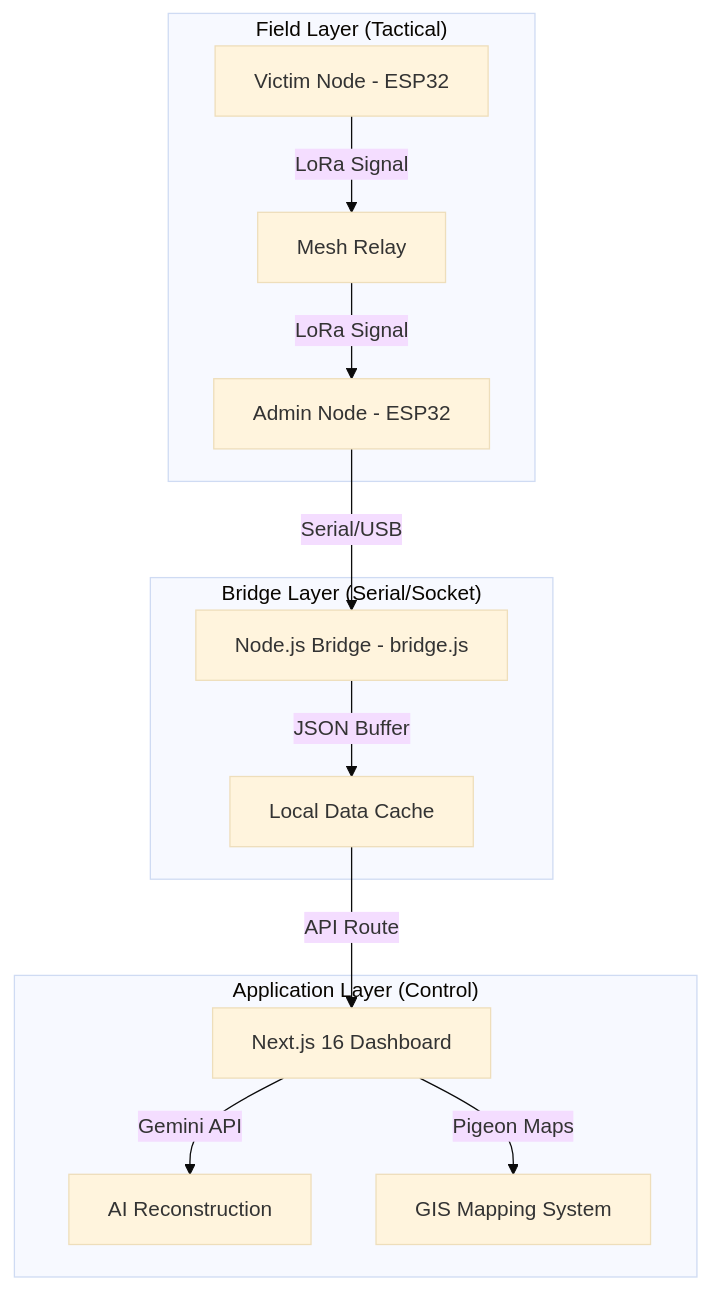
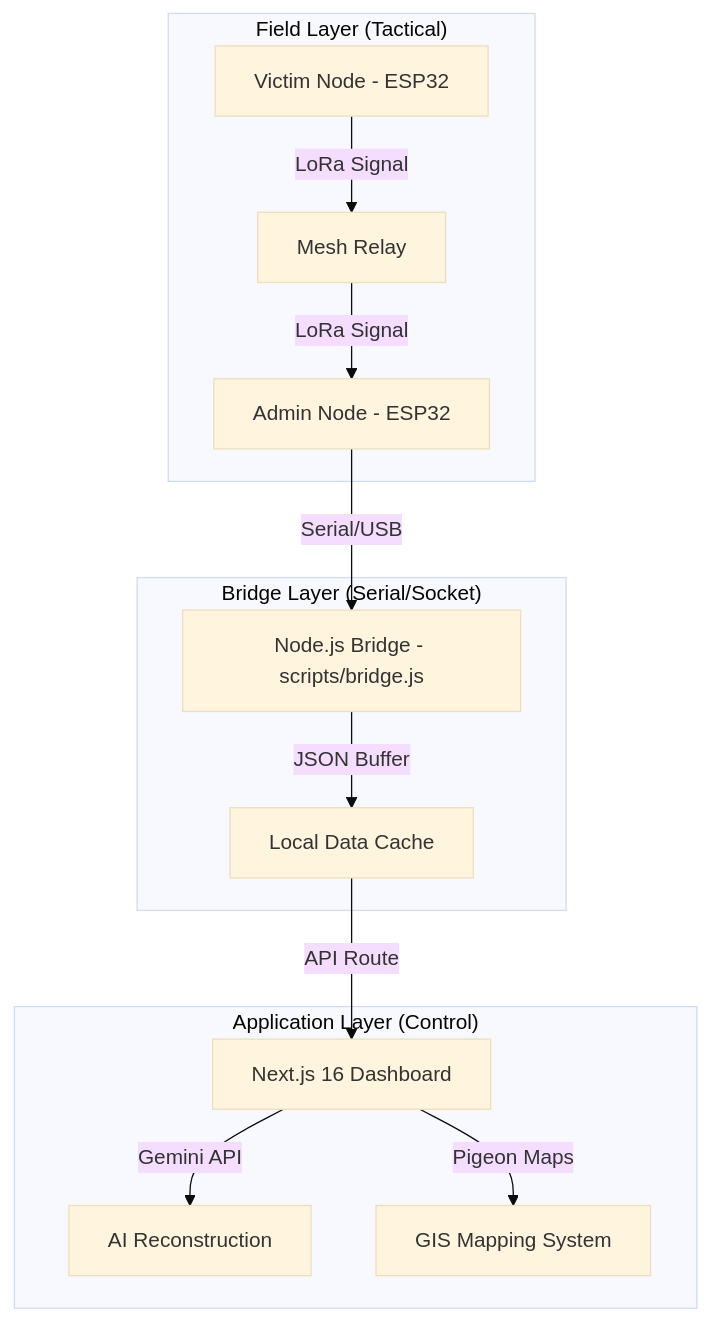
Before and after one commit to paritosh-py/Aerolink: the diagram in README.md, drawn with Mermaid (base theme). The commit also changed other lines of this file, not shown here.

````diff
--- a/README.md
+++ b/README.md
@@ -37,18 +37,18 @@
 ```mermaid
 graph TD
     subgraph "Field Layer (Tactical)"
         A[Victim Node - ESP32] -->|LoRa Signal| B[Mesh Relay]
         B -->|LoRa Signal| C[Admin Node - ESP32]
     end
     
     subgraph "Bridge Layer (Serial/Socket)"
-        C -->|Serial/USB| D[Node.js Bridge - bridge.js]
+        C -->|Serial/USB| D[Node.js Bridge - scripts/bridge.js]
         D -->|JSON Buffer| E[Local Data Cache]
     end
     
     subgraph "Application Layer (Control)"
         E -->|API Route| F[Next.js 16 Dashboard]
         F -->|Gemini API| G[AI Reconstruction]
         F -->|Pigeon Maps| H[GIS Mapping System]
     end
 ```
````
